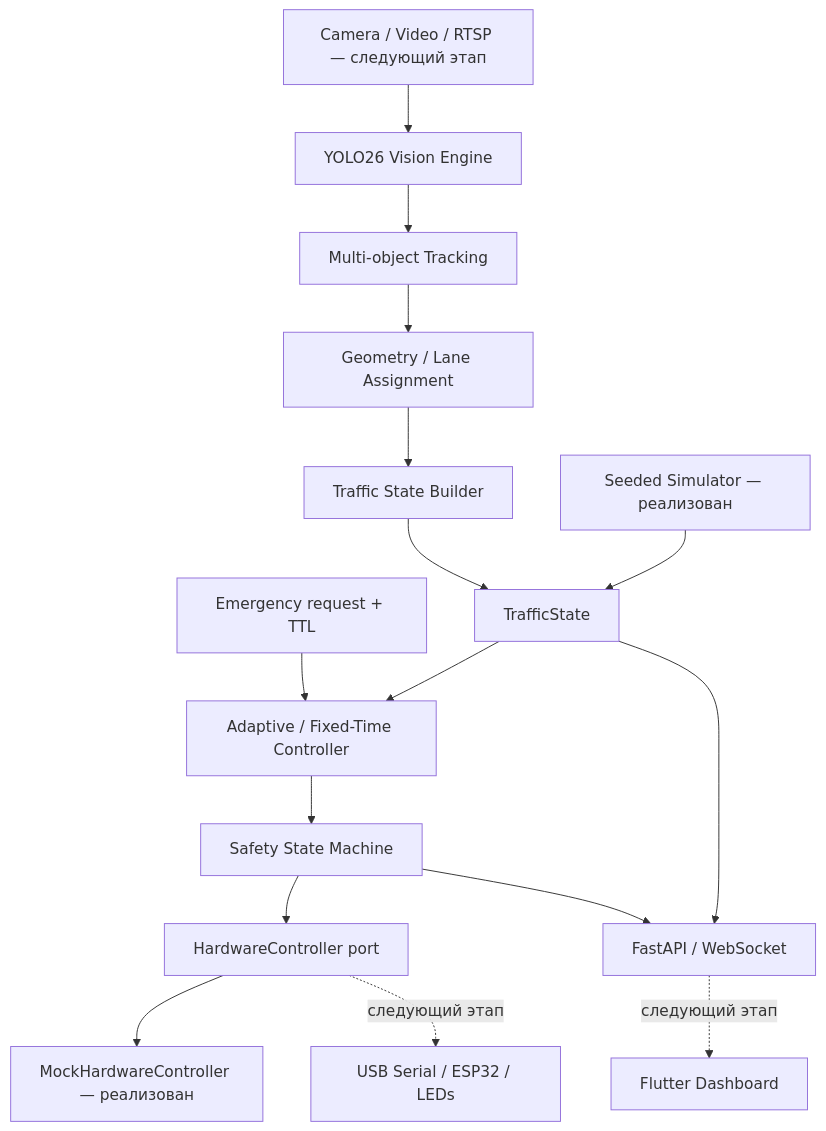
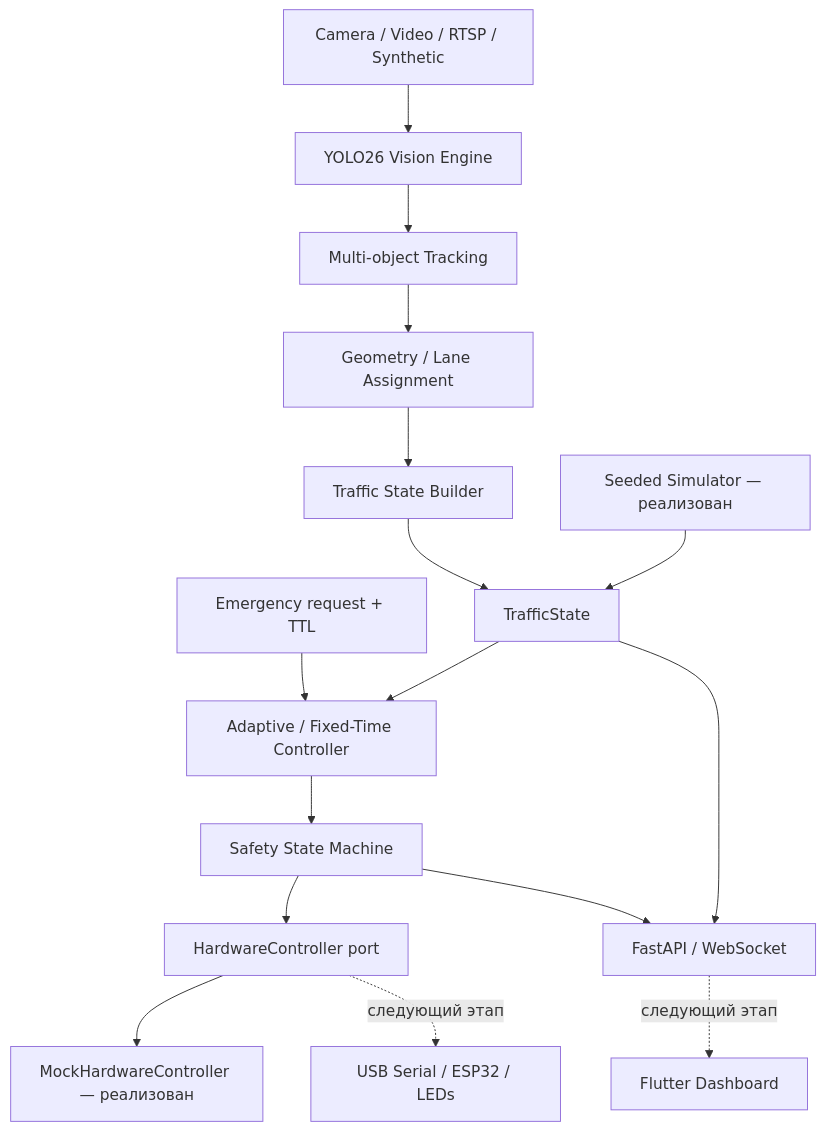
The first of 2 diagrams in README.md (Krekker0101/RohAI), drawn with Mermaid before and after one commit. The commit also changed other lines of this file and 40 other files, not shown here.

````diff
--- a/README.md
+++ b/README.md
@@ -70,18 +92,18 @@
 ```mermaid
 flowchart TD
-    Camera[Camera / Video / RTSP — следующий этап] --> Vision[YOLO26 Vision Engine]
+    Camera[Camera / Video / RTSP / Synthetic] --> Vision[YOLO26 Vision Engine]
     Vision --> Tracking[Multi-object Tracking]
     Tracking --> Geometry[Geometry / Lane Assignment]
     Geometry --> Builder[Traffic State Builder]
     Simulator[Seeded Simulator — реализован] --> State[TrafficState]
     Builder --> State
     State --> Decision[Adaptive / Fixed-Time Controller]
     Operator[Emergency request + TTL] --> Decision
     Decision --> Safety[Safety State Machine]
     Safety --> Gateway[HardwareController port]
     Gateway --> Mock[MockHardwareController — реализован]
     Gateway -. следующий этап .-> ESP[USB Serial / ESP32 / LEDs]
     State --> API[FastAPI / WebSocket]
     Safety --> API
     API -. следующий этап .-> Flutter[Flutter Dashboard]
 ```
````
